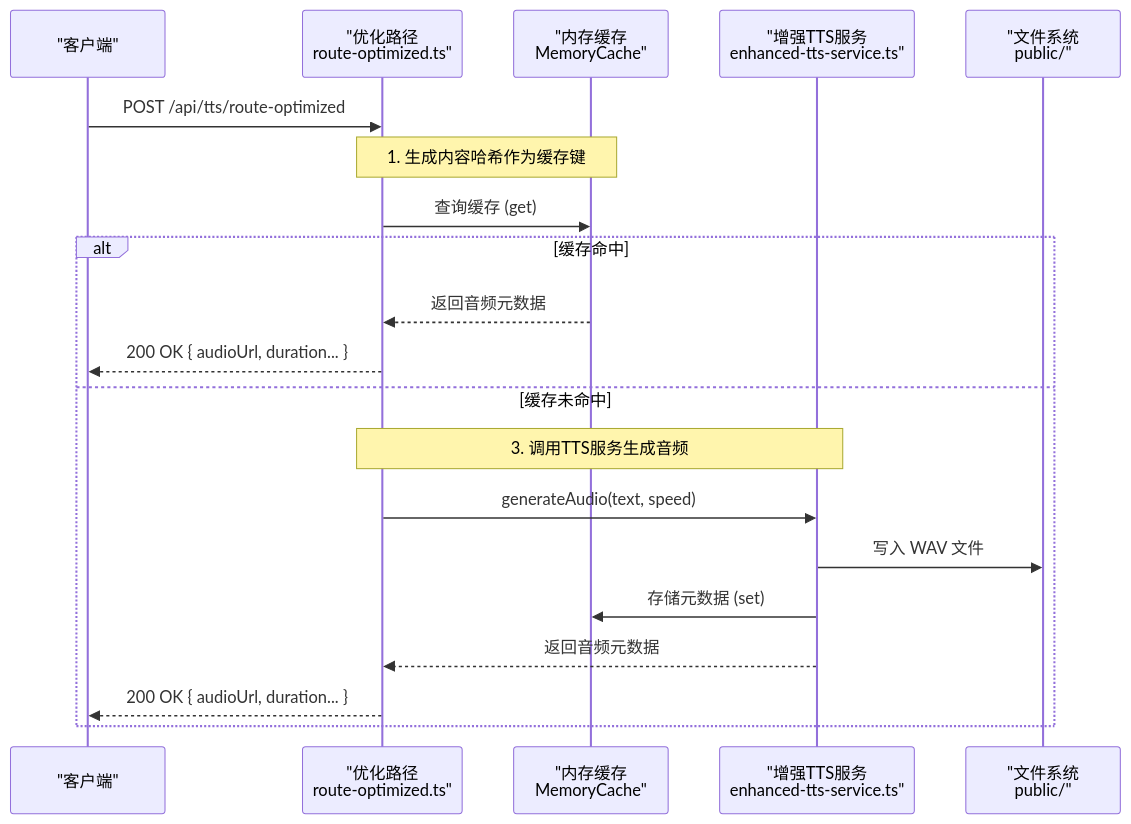
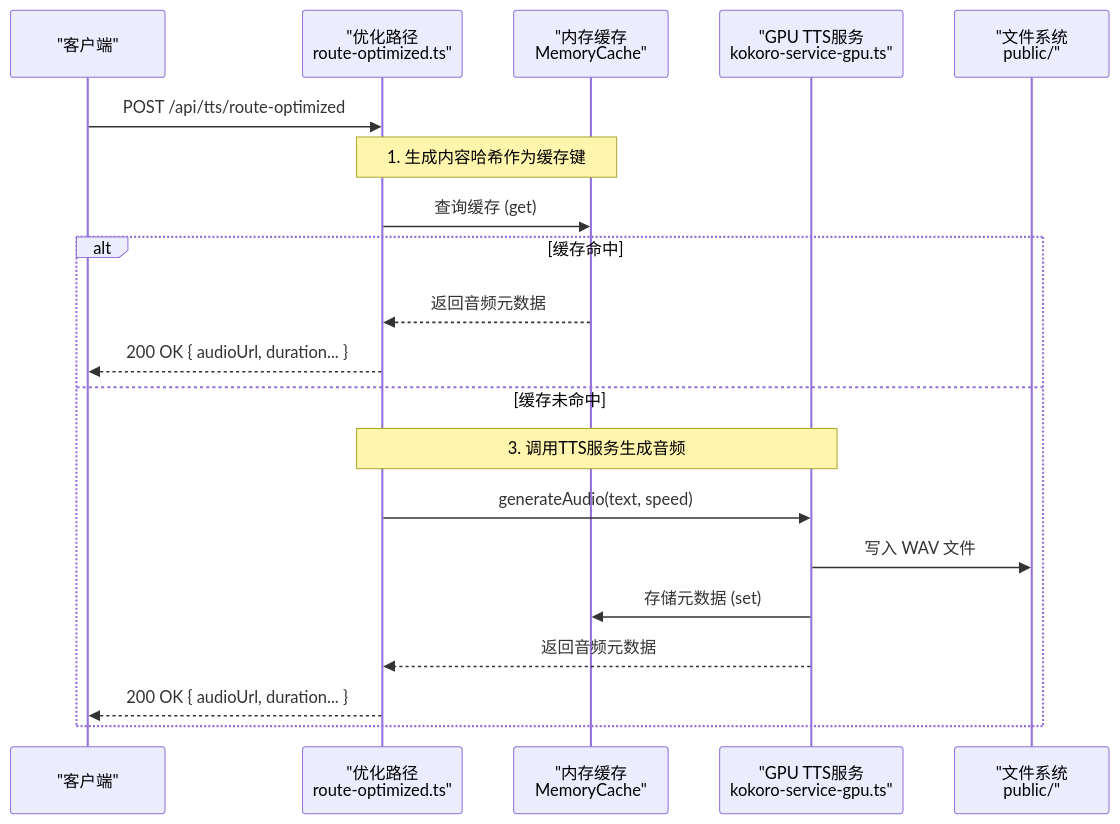
One commit to arthurlee116/english-listening-trainer changed the second of 4 diagrams in .qoder/repowiki/zh/content/后端API接口/语音合成API/优化路径与缓存机制.md. Above: the diagram before and after it, drawn with Mermaid. The commit also changed other lines of this file and 58 other files, not shown here.

````diff
--- a/.qoder/repowiki/zh/content/后端API接口/语音合成API/优化路径与缓存机制.md
+++ b/.qoder/repowiki/zh/content/后端API接口/语音合成API/优化路径与缓存机制.md
@@ -72,22 +71,22 @@
 ```mermaid
 sequenceDiagram
 participant Client as "客户端"
 participant OptimizedRoute as "优化路径<br/>route-optimized.ts"
 participant Cache as "内存缓存<br/>MemoryCache"
-participant TTSService as "增强TTS服务<br/>enhanced-tts-service.ts"
+participant TTSService as "GPU TTS服务<br/>kokoro-service-gpu.ts"
 participant Filesystem as "文件系统<br/>public/"
 Client->>OptimizedRoute : POST /api/tts/route-optimized
 Note over OptimizedRoute,Cache : 1. 生成内容哈希作为缓存键
 OptimizedRoute->>Cache : 查询缓存 (get)
 alt 缓存命中
 Cache-->>OptimizedRoute : 返回音频元数据
 OptimizedRoute-->>Client : 200 OK { audioUrl, duration... }
 else 缓存未命中
 Note over OptimizedRoute,TTSService : 3. 调用TTS服务生成音频
 OptimizedRoute->>TTSService : generateAudio(text, speed)
 TTSService->>Filesystem : 写入 WAV 文件
 TTSService->>Cache : 存储元数据 (set)
 TTSService-->>OptimizedRoute : 返回音频元数据
 OptimizedRoute-->>Client : 200 OK { audioUrl, duration... }
 end
 ```
````
